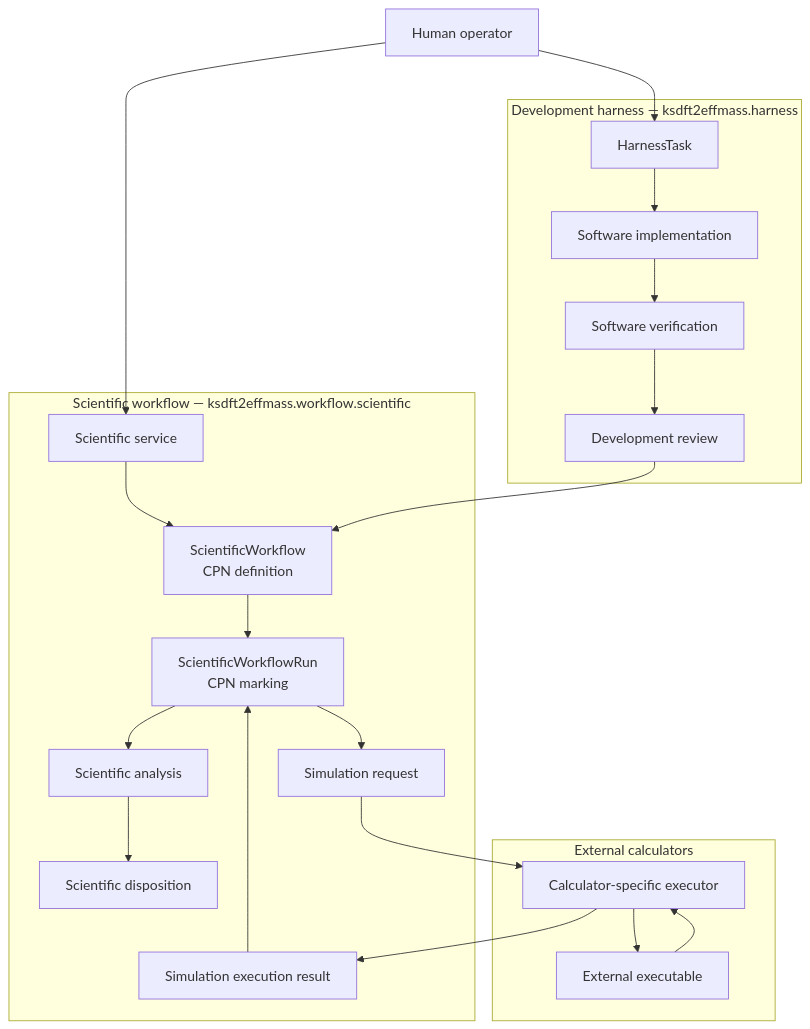
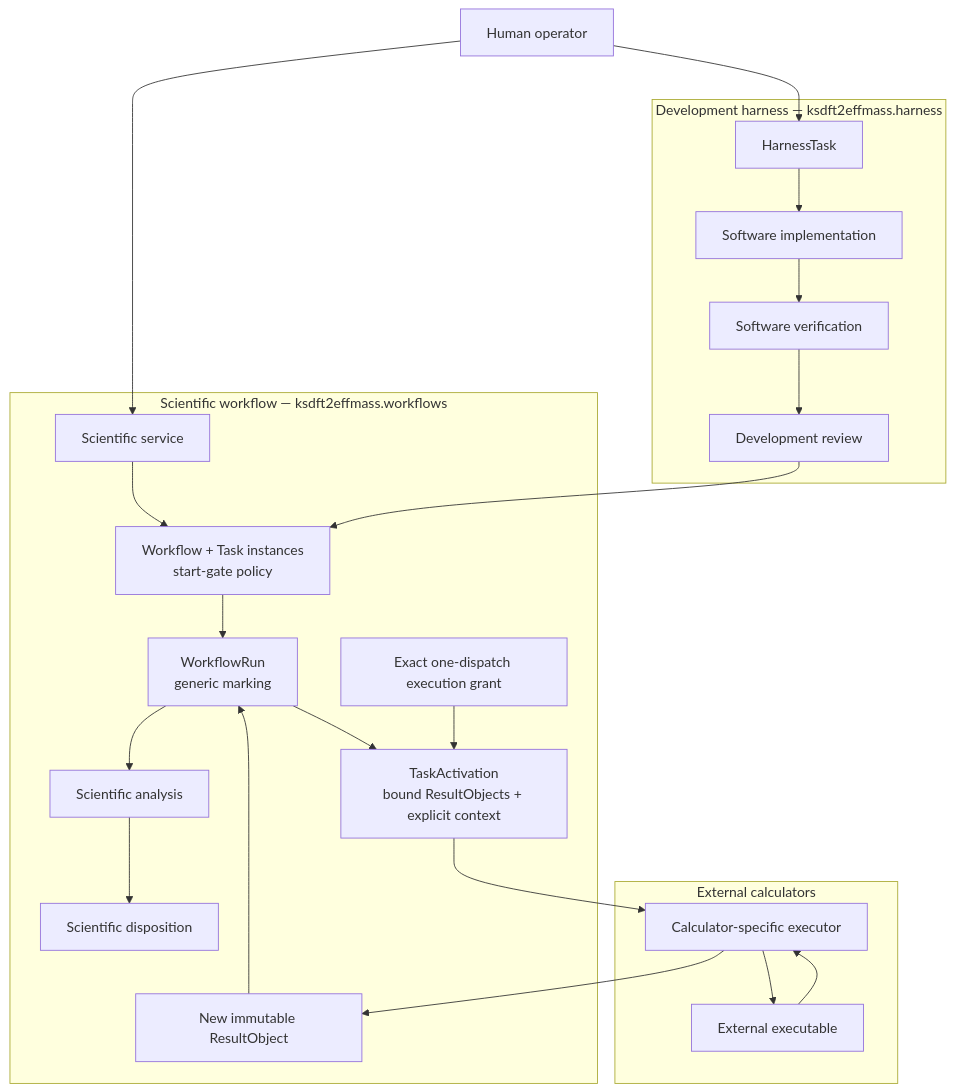
One commit to eragasa/ksdft2effmass changed the first of 2 diagrams in docs/architecture/v2/separation-of-harness-and-workflow.md. Above: the diagram before and after it, drawn with Mermaid. The commit also changed other lines of this file and 80 other files, not shown here.

Commit message:
docs: reconcile architecture v2

````diff
--- a/docs/architecture/v2/separation-of-harness-and-workflow.md
+++ b/docs/architecture/v2/separation-of-harness-and-workflow.md
@@ -12,46 +12,48 @@
 ```mermaid
 flowchart TB
     HUMAN["Human operator"]
 
     subgraph BOOTSTRAP["Development harness — ksdft2effmass.harness"]
         DTASK["HarnessTask"]
         IMPLEMENT["Software implementation"]
         VERIFY["Software verification"]
         REVIEW["Development review"]
 
         DTASK --> IMPLEMENT
         IMPLEMENT --> VERIFY
         VERIFY --> REVIEW
     end
 
-    subgraph WORKFLOWS["Scientific workflow — ksdft2effmass.workflow.scientific"]
+    subgraph WORKFLOWS["Scientific workflow — ksdft2effmass.workflows"]
         SERVICE["Scientific service"]
-        WORKFLOW["ScientificWorkflow<br/>CPN definition"]
-        RUN["ScientificWorkflowRun<br/>CPN marking"]
-        REQUEST["Simulation request"]
-        RESULT["Simulation execution result"]
+        WORKFLOW["Workflow + Task instances<br/>start-gate policy"]
+        RUN["WorkflowRun<br/>generic marking"]
+        ACTIVATION["TaskActivation<br/>bound ResultObjects + explicit context"]
+        EXEC_AUTH["Exact one-dispatch execution grant"]
+        RESULT["New immutable ResultObject"]
         ANALYSIS["Scientific analysis"]
         DISPOSITION["Scientific disposition"]
 
         SERVICE --> WORKFLOW
         WORKFLOW --> RUN
-        RUN --> REQUEST
+        RUN --> ACTIVATION
+        EXEC_AUTH --> ACTIVATION
         RESULT --> RUN
         RUN --> ANALYSIS
         ANALYSIS --> DISPOSITION
     end
 
     subgraph CALCULATORS["External calculators"]
         EXECUTOR["Calculator-specific executor"]
         PROGRAM["External executable"]
 
         EXECUTOR --> PROGRAM
         PROGRAM --> EXECUTOR
     end
 
     HUMAN --> DTASK
     HUMAN --> SERVICE
     REVIEW --> WORKFLOW
-    REQUEST --> EXECUTOR
+    ACTIVATION --> EXECUTOR
     EXECUTOR --> RESULT
 ```
````
